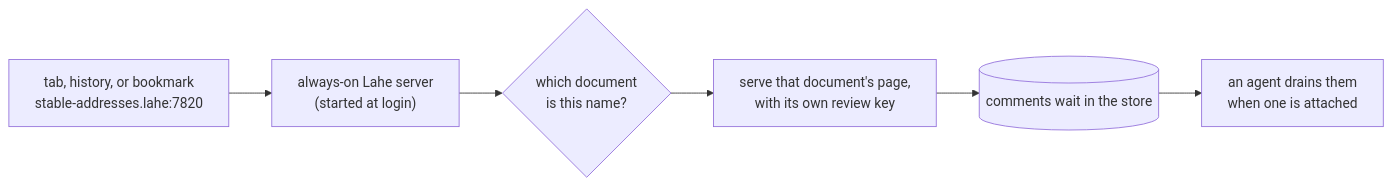
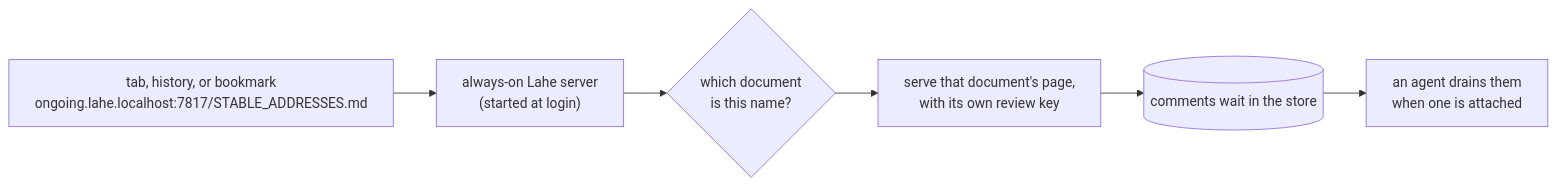
The second of 2 diagrams in docs/features/20261011.02_stable_addresses/01_brief_stable_addresses.md (kenxle/live-agentic-html-editor), drawn with Mermaid before and after one commit. The commit also changed other lines of this file and 5 other files, not shown here.

Commit message:
Stable addresses: architecture reworked after architect and security reviews; brief follows

````diff
--- a/docs/features/20261011.02_stable_addresses/01_brief_stable_addresses.md
+++ b/docs/features/20261011.02_stable_addresses/01_brief_stable_addresses.md
@@ -56,8 +56,8 @@
 ```mermaid
 flowchart LR
-    Tab["tab, history, or bookmark<br/>stable-addresses.lahe:7820"] --> Server["always-on Lahe server<br/>(started at login)"]
+    Tab["tab, history, or bookmark<br/>ongoing.lahe.localhost:7817/STABLE_ADDRESSES.md"] --> Server["always-on Lahe server<br/>(started at login)"]
     Server --> Which{"which document<br/>is this name?"}
     Which --> Doc["serve that document's page,<br/>with its own review key"]
     Doc --> Store[("comments wait in the store")]
     Store --> Agent["an agent drains them<br/>when one is attached"]
 ```
````
